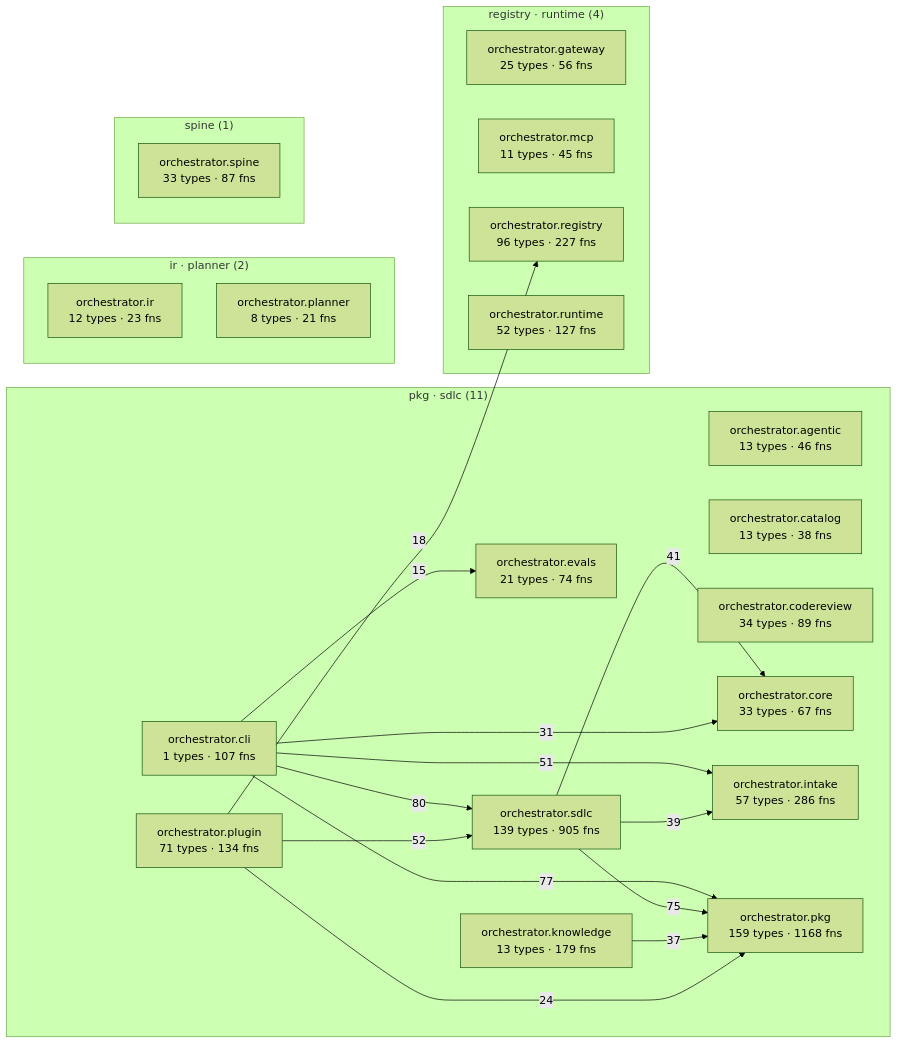
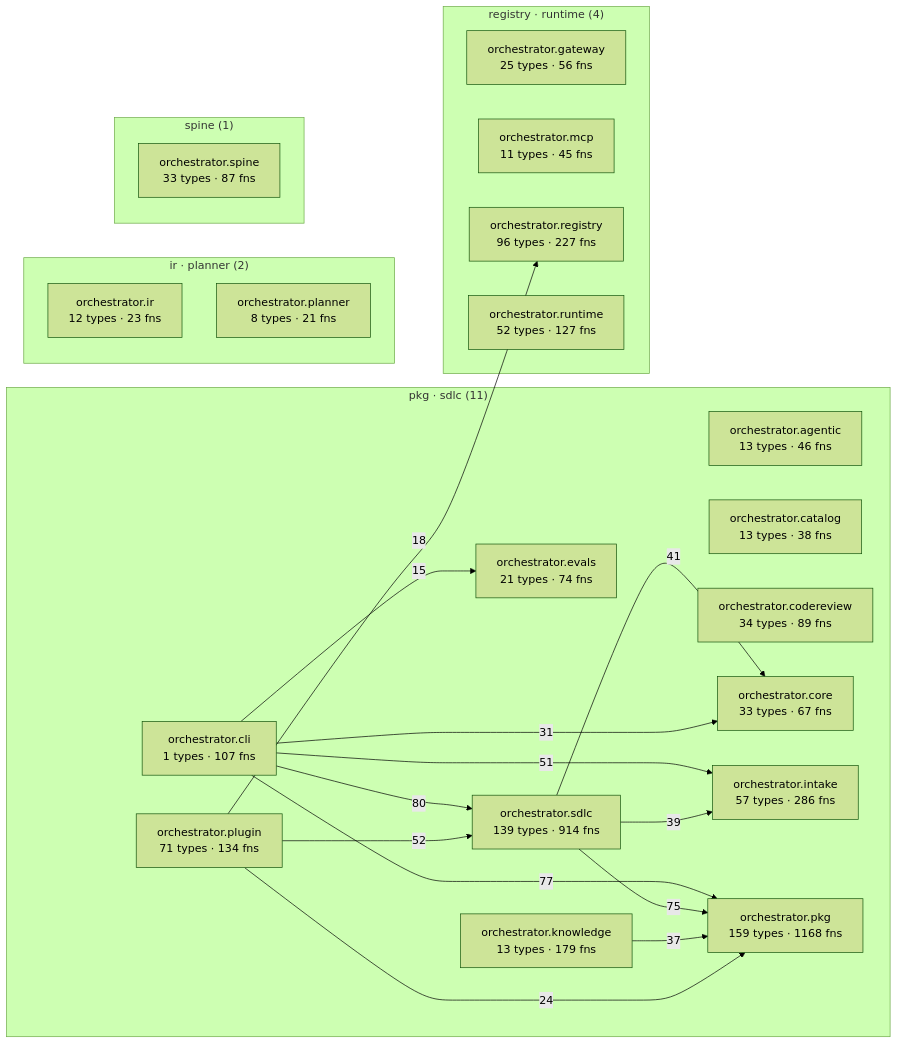
The diagram in episteme/architecture.md (synaptixs/spine), drawn with Mermaid (forest theme) before and after one commit. The commit also changed other lines of this file and 20 other files, not shown here.

````diff
--- a/episteme/architecture.md
+++ b/episteme/architecture.md
@@ -55,41 +55,41 @@
 ```mermaid
 flowchart LR
   subgraph c_2["pkg · sdlc (11)"]
     aorchestratoragentic["orchestrator.agentic<br/>13 types · 46 fns"]
     aorchestratorcatalog["orchestrator.catalog<br/>13 types · 38 fns"]
     aorchestratorcli["orchestrator.cli<br/>1 types · 107 fns"]
     aorchestratorcodereview["orchestrator.codereview<br/>34 types · 89 fns"]
     aorchestratorcore["orchestrator.core<br/>33 types · 67 fns"]
     aorchestratorevals["orchestrator.evals<br/>21 types · 74 fns"]
     aorchestratorintake["orchestrator.intake<br/>57 types · 286 fns"]
     aorchestratorknowledge["orchestrator.knowledge<br/>13 types · 179 fns"]
     aorchestratorpkg["orchestrator.pkg<br/>159 types · 1168 fns"]
     aorchestratorplugin["orchestrator.plugin<br/>71 types · 134 fns"]
-    aorchestratorsdlc["orchestrator.sdlc<br/>139 types · 905 fns"]
+    aorchestratorsdlc["orchestrator.sdlc<br/>139 types · 914 fns"]
   end
   subgraph c_4["registry · runtime (4)"]
     aorchestratorgateway["orchestrator.gateway<br/>25 types · 56 fns"]
     aorchestratormcp["orchestrator.mcp<br/>11 types · 45 fns"]
     aorchestratorregistry["orchestrator.registry<br/>96 types · 227 fns"]
     aorchestratorruntime["orchestrator.runtime<br/>52 types · 127 fns"]
   end
   subgraph c_6["ir · planner (2)"]
     aorchestratorir["orchestrator.ir<br/>12 types · 23 fns"]
     aorchestratorplanner["orchestrator.planner<br/>8 types · 21 fns"]
   end
   subgraph c_11["spine (1)"]
     aorchestratorspine["orchestrator.spine<br/>33 types · 87 fns"]
   end
   aorchestratorcli -->|80| aorchestratorsdlc
   aorchestratorcli -->|77| aorchestratorpkg
   aorchestratorsdlc -->|75| aorchestratorpkg
   aorchestratorplugin -->|52| aorchestratorsdlc
   aorchestratorcli -->|51| aorchestratorintake
   aorchestratorsdlc -->|41| aorchestratorcore
   aorchestratorsdlc -->|39| aorchestratorintake
   aorchestratorknowledge -->|37| aorchestratorpkg
   aorchestratorcli -->|31| aorchestratorcore
   aorchestratorplugin -->|24| aorchestratorpkg
   aorchestratorplugin -->|18| aorchestratorregistry
   aorchestratorcli -->|15| aorchestratorevals
 ```
````
